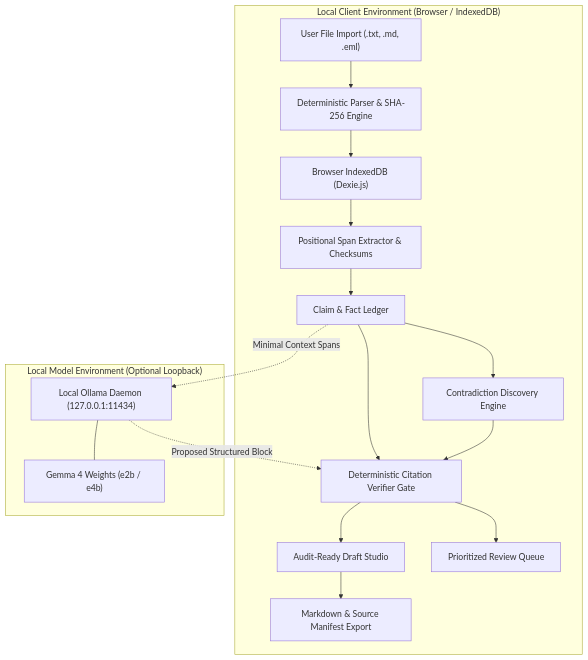
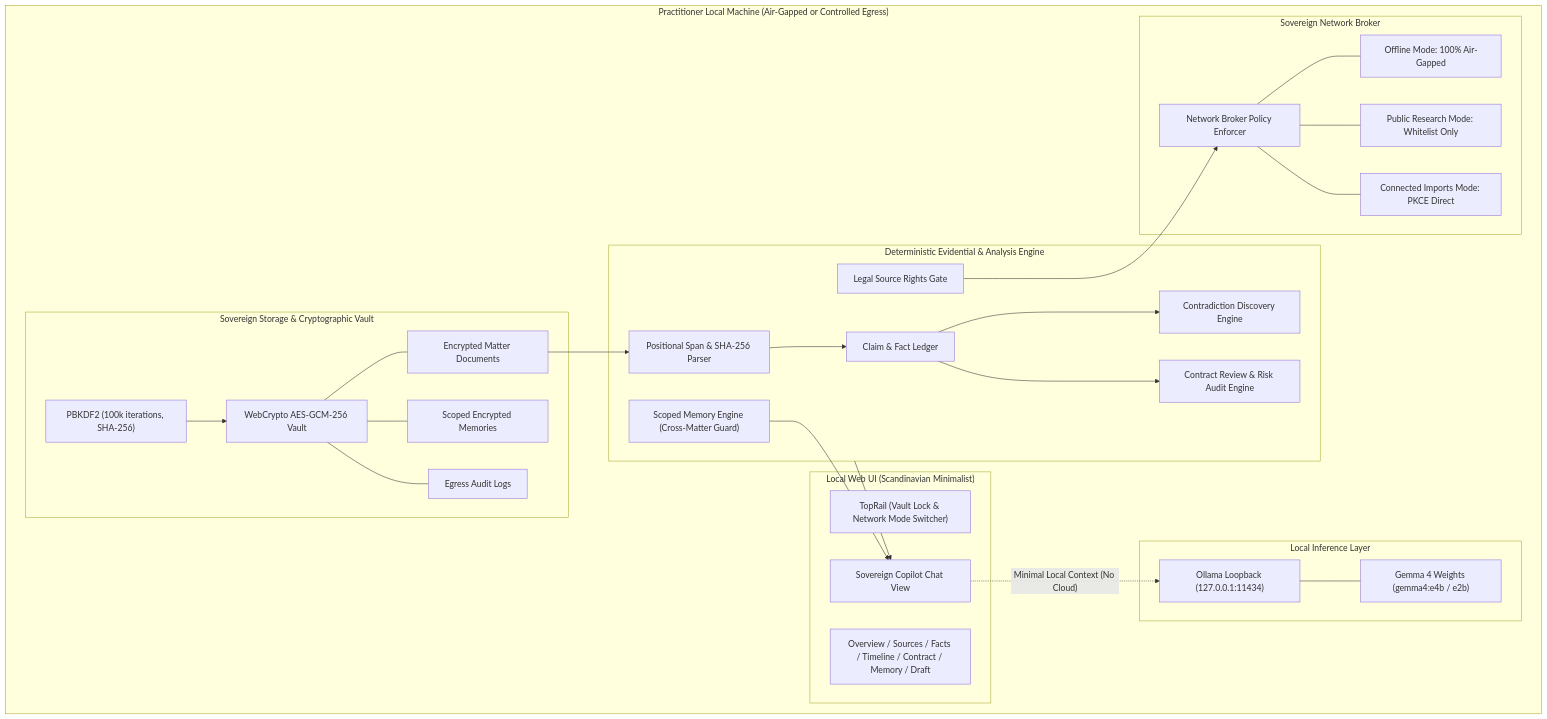
Before and after one commit to vaibhav4046/ATKIN: the diagram in docs/architecture.md, drawn with Mermaid. The commit also changed other lines of this file and 39 other files, not shown here.

Commit message:
feat: implement sovereign legal copilot with encrypted vault, scoped memory, and contract review

````diff
--- a/docs/architecture.md
+++ b/docs/architecture.md
@@ -9,24 +10,53 @@
 ```mermaid
 flowchart TD
-    subgraph ClientBrowser ["Local Client Environment (Browser / IndexedDB)"]
-        A["User File Import (.txt, .md, .eml)"] --> B["Deterministic Parser & SHA-256 Engine"]
-        B --> C["Browser IndexedDB (Dexie.js)"]
-        C --> D["Positional Span Extractor & Checksums"]
-        D --> E["Claim & Fact Ledger"]
-        E --> F["Contradiction Discovery Engine"]
-        E --> G["Deterministic Citation Verifier Gate"]
-        F --> G
-        G --> H["Audit-Ready Draft Studio"]
-        G --> I["Prioritized Review Queue"]
-        H --> J["Markdown & Source Manifest Export"]
+    subgraph HostDevice ["Practitioner Local Machine (Air-Gapped or Controlled Egress)"]
+        subgraph StorageLayer ["Sovereign Storage & Cryptographic Vault"]
+            V["WebCrypto AES-GCM-256 Vault"]
+            KDF["PBKDF2 (100k iterations, SHA-256)"]
+            KDF --> V
+            V --- EncDocs["Encrypted Matter Documents"]
+            V --- EncMems["Scoped Encrypted Memories"]
+            V --- EncAud["Egress Audit Logs"]
+        end
+
+        subgraph CoreEngine ["Deterministic Evidential & Analysis Engine"]
+            PE["Positional Span & SHA-256 Parser"]
+            CL["Claim & Fact Ledger"]
+            CE["Contradiction Discovery Engine"]
+            CR["Contract Review & Risk Audit Engine"]
+            RG["Legal Source Rights Gate"]
+            SM["Scoped Memory Engine (Cross-Matter Guard)"]
+        end
+
+        subgraph NetworkBrokerLayer ["Sovereign Network Broker"]
+            NB["Network Broker Policy Enforcer"]
+            M_OFF["Offline Mode: 100% Air-Gapped"]
+            M_RES["Public Research Mode: Whitelist Only"]
+            M_IMP["Connected Imports Mode: PKCE Direct"]
+            NB --- M_OFF
+            NB --- M_RES
+            NB --- M_IMP
+        end
+
+        subgraph LocalOllamaBridge ["Local Inference Layer"]
+            OL["Ollama Loopback (127.0.0.1:11434)"]
+            GM["Gemma 4 Weights (gemma4:e4b / e2b)"]
+            OL --- GM
+        end
+
+        subgraph UIWorkbench ["Local Web UI (Scandinavian Minimalist)"]
+            TOP["TopRail (Vault Lock & Network Mode Switcher)"]
+            CHAT["Sovereign Copilot Chat View"]
+            WORK["Overview / Sources / Facts / Timeline / Contract / Memory / Draft"]
+        end
     end
 
-    subgraph LocalOllama ["Local Model Environment (Optional Loopback)"]
-        K["Local Ollama Daemon (127.0.0.1:11434)"]
-        L["Gemma 4 Weights (e2b / e4b)"]
-        K --- L
-    end
-
-    E -. "Minimal Context Spans" .-> K
-    K -. "Proposed Structured Block" .-> G
+    EncDocs --> PE
+    PE --> CL
+    CL --> CE
+    CL --> CR
+    SM --> CHAT
+    RG --> NB
+    CoreEngine --> CHAT
+    CHAT -. "Minimal Local Context (No Cloud)" .-> OL
 ```
````
